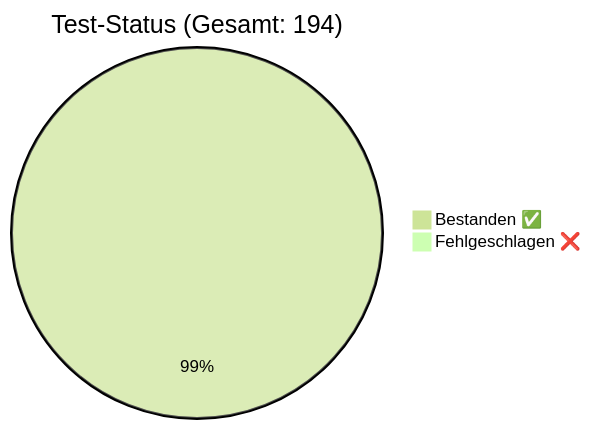
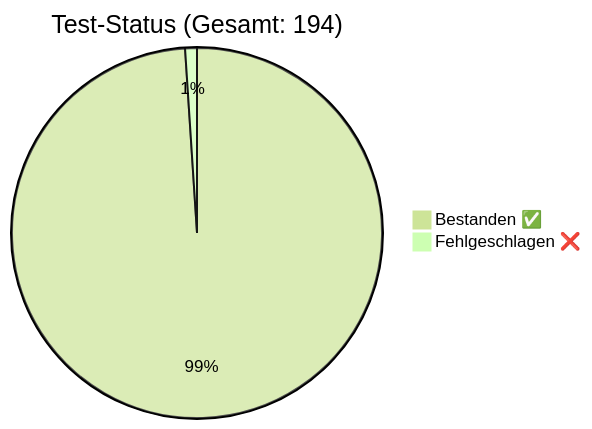
The diagram in docs/QA_Report.md (rorila/GCS), drawn with Mermaid (forest theme) before and after one commit. The commit also changed other lines of this file and 11 other files, not shown here.

````diff
--- a/docs/QA_Report.md
+++ b/docs/QA_Report.md
@@ -7,5 +7,5 @@
 ```mermaid
 pie title Test-Status (Gesamt: 194)
-    "Bestanden ✅" : 193
-    "Fehlgeschlagen ❌" : 1
+    "Bestanden ✅" : 192
+    "Fehlgeschlagen ❌" : 2
 ```
````
